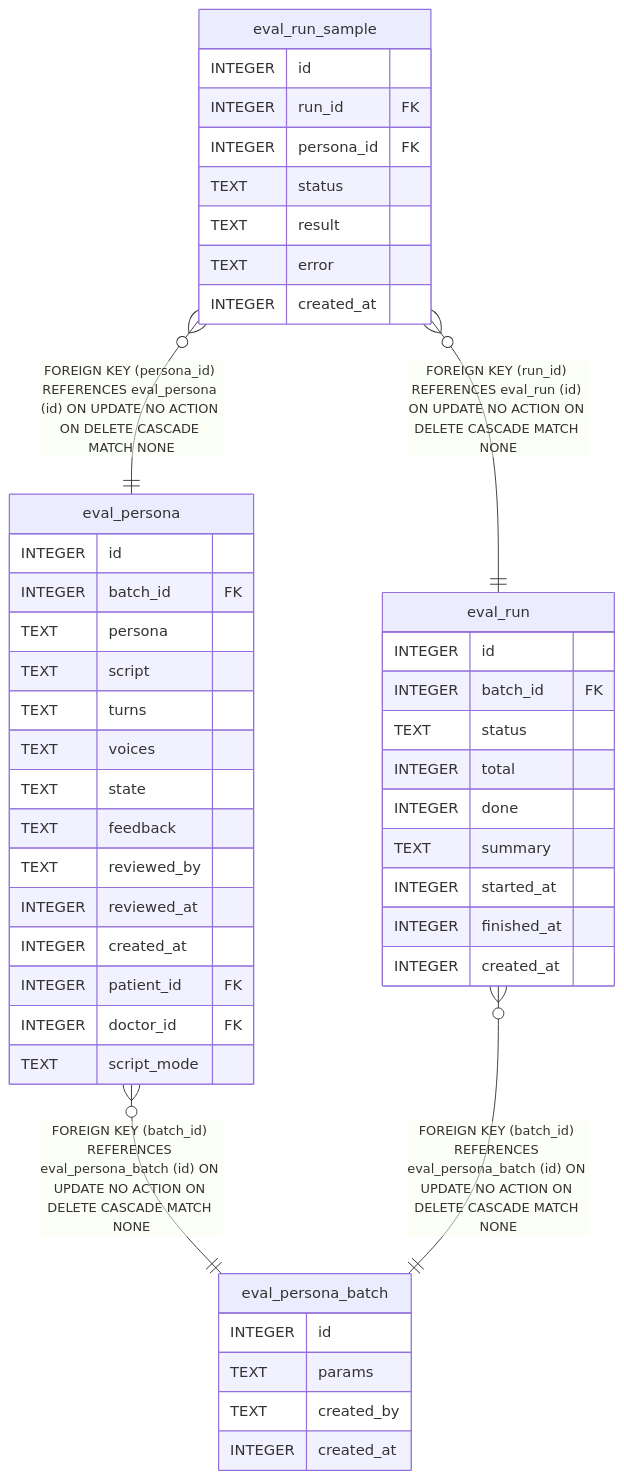
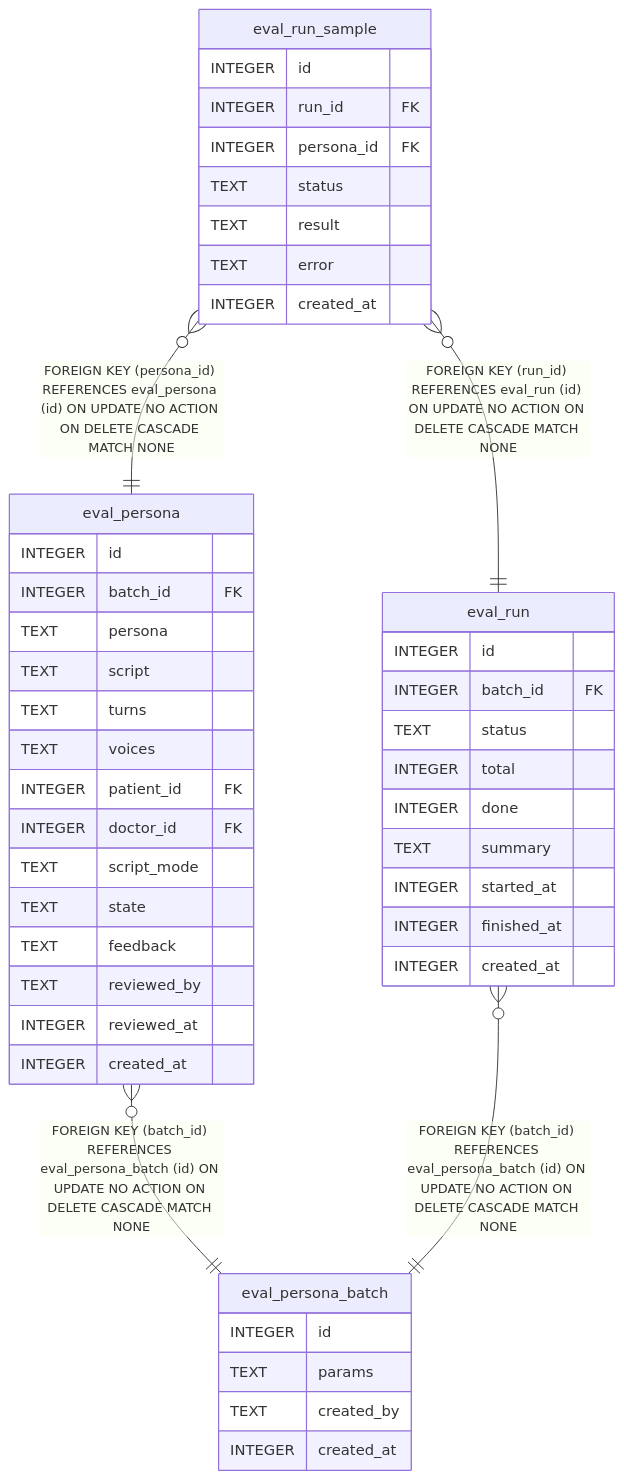
One commit to ktbhealth/docs changed the diagram in content/docs/en/developers/plugins/eval-validator/reference/index.mdx. Above: the diagram before and after it, drawn with Mermaid. The commit also changed other lines of this file and 87 other files, not shown here.

Commit message:
docs: ERD refresh after db schema facade (#104)

````diff
--- a/content/docs/en/developers/plugins/eval-validator/reference/index.mdx
+++ b/content/docs/en/developers/plugins/eval-validator/reference/index.mdx
@@ -13,51 +13,51 @@
 ```mermaid
 erDiagram
 
 "eval_persona" }o--|| "eval_persona_batch" : "FOREIGN KEY (batch_id) REFERENCES eval_persona_batch (id) ON UPDATE NO ACTION ON DELETE CASCADE MATCH NONE"
 "eval_run" }o--|| "eval_persona_batch" : "FOREIGN KEY (batch_id) REFERENCES eval_persona_batch (id) ON UPDATE NO ACTION ON DELETE CASCADE MATCH NONE"
 "eval_run_sample" }o--|| "eval_persona" : "FOREIGN KEY (persona_id) REFERENCES eval_persona (id) ON UPDATE NO ACTION ON DELETE CASCADE MATCH NONE"
 "eval_run_sample" }o--|| "eval_run" : "FOREIGN KEY (run_id) REFERENCES eval_run (id) ON UPDATE NO ACTION ON DELETE CASCADE MATCH NONE"
 
 "eval_persona" {
   INTEGER id
   INTEGER batch_id FK
   TEXT persona
   TEXT script
   TEXT turns
   TEXT voices
+  INTEGER patient_id FK
+  INTEGER doctor_id FK
+  TEXT script_mode
   TEXT state
   TEXT feedback
   TEXT reviewed_by
   INTEGER reviewed_at
   INTEGER created_at
-  INTEGER patient_id FK
-  INTEGER doctor_id FK
-  TEXT script_mode
 }
 "eval_persona_batch" {
   INTEGER id
   TEXT params
   TEXT created_by
   INTEGER created_at
 }
 "eval_run" {
   INTEGER id
   INTEGER batch_id FK
   TEXT status
   INTEGER total
   INTEGER done
   TEXT summary
   INTEGER started_at
   INTEGER finished_at
   INTEGER created_at
 }
 "eval_run_sample" {
   INTEGER id
   INTEGER run_id FK
   INTEGER persona_id FK
   TEXT status
   TEXT result
   TEXT error
   INTEGER created_at
 }
 ```
````
